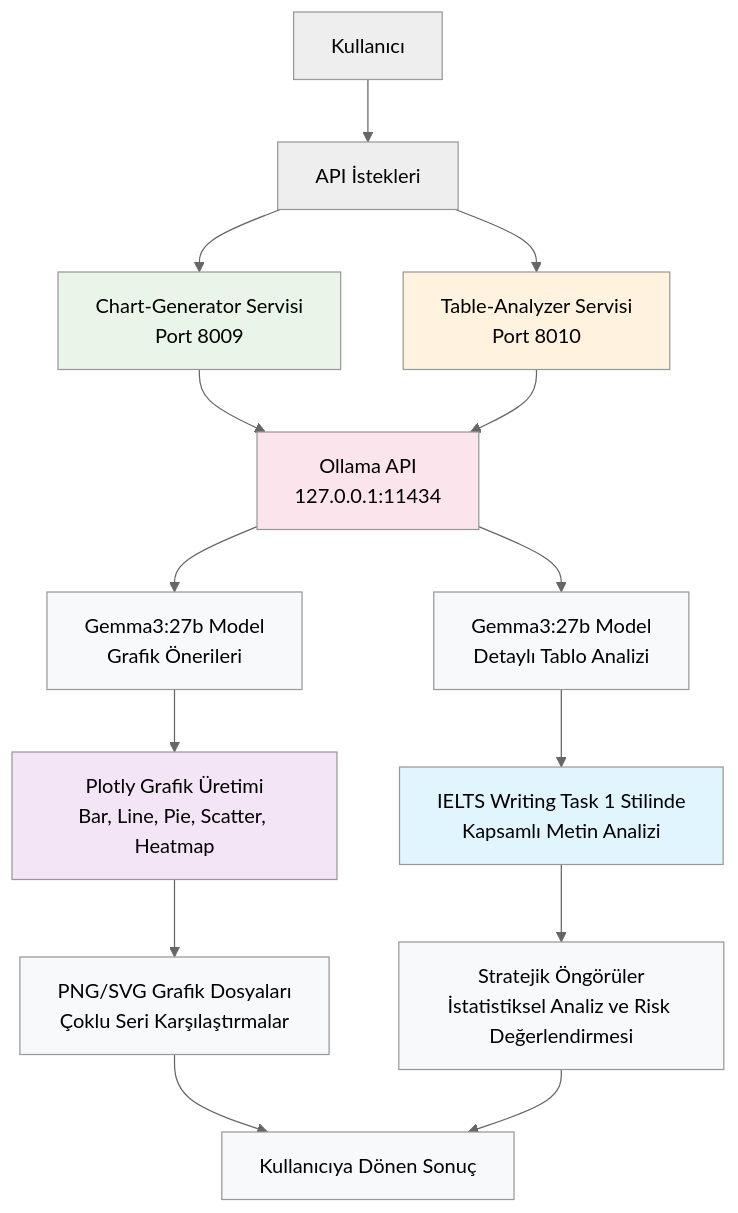
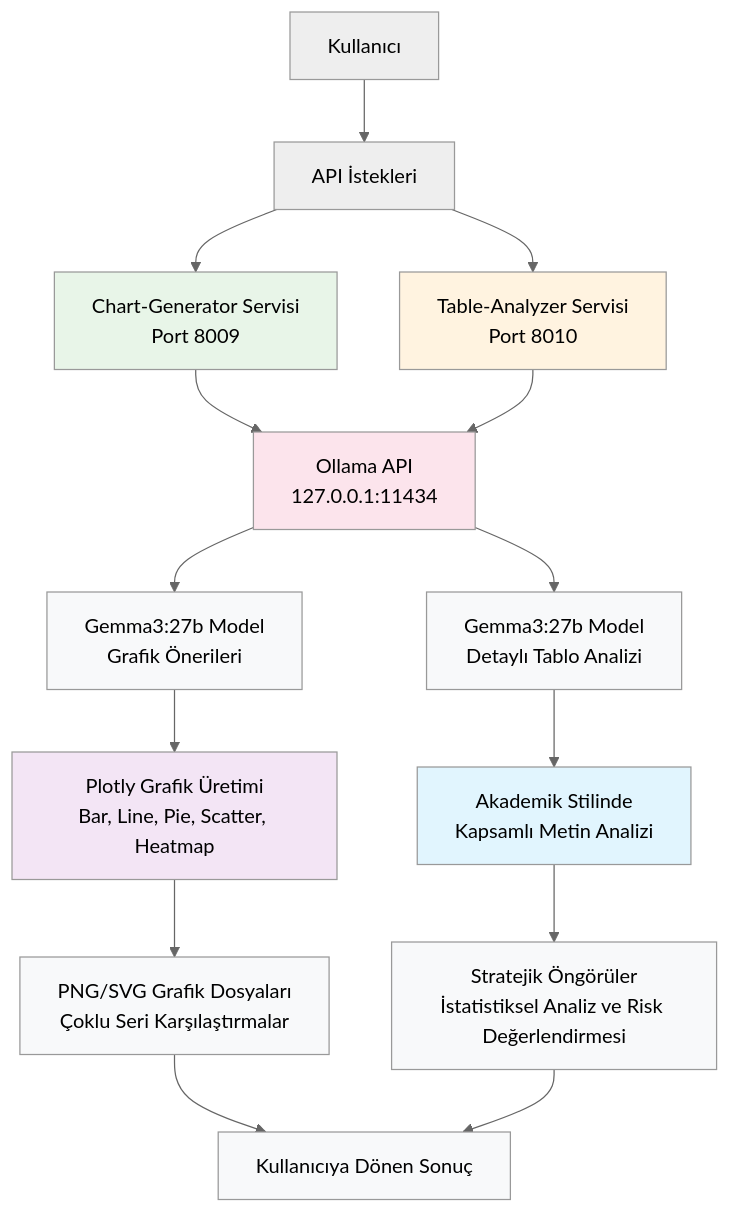
Before and after one commit to aeyeniay/ai_hub: the third of 3 diagrams in README.md, drawn with Mermaid (neutral theme). The commit also changed other lines of this file, not shown here.

````diff
--- a/README.md
+++ b/README.md
@@ -307,33 +315,33 @@
 ```mermaid
 graph TB
     A[Kullanıcı] --> B[API İstekleri]
     
     B --> C[Chart-Generator Servisi<br/>Port 8009]
     B --> D[Table-Analyzer Servisi<br/>Port 8010]
     
     C --> E[Ollama API<br/>127.0.0.1:11434]
     D --> E
     
     E --> F[Gemma3:27b Model<br/>Grafik Önerileri]
     E --> G[Gemma3:27b Model<br/>Detaylı Tablo Analizi]
     
     F --> H[Plotly Grafik Üretimi<br/>Bar, Line, Pie, Scatter, Heatmap]
-    G --> I[IELTS Writing Task 1 Stilinde<br/>Kapsamlı Metin Analizi]
+    G --> I[Akademik Stilinde<br/>Kapsamlı Metin Analizi]
     
     H --> J[PNG/SVG Grafik Dosyaları<br/>Çoklu Seri Karşılaştırmalar]
     I --> K[Stratejik Öngörüler<br/>İstatistiksel Analiz ve Risk Değerlendirmesi]
     
     J --> L[Kullanıcıya Dönen Sonuç]
     K --> L
     
     style C fill:#e8f5e8
     style D fill:#fff3e0
     style E fill:#fce4ec
     style F fill:#f8f9fa
     style G fill:#f8f9fa
     style H fill:#f3e5f5
     style I fill:#e1f5fe
     style J fill:#f8f9fa
     style K fill:#f8f9fa
     style L fill:#f8f9fa
 ```
````
